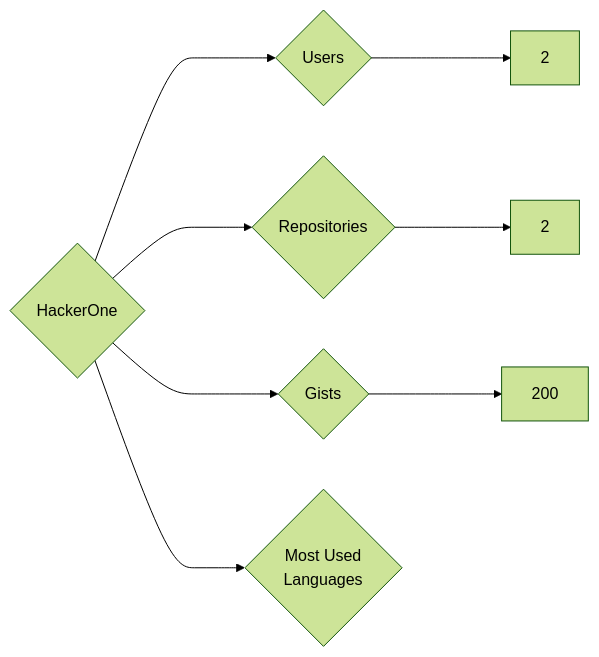
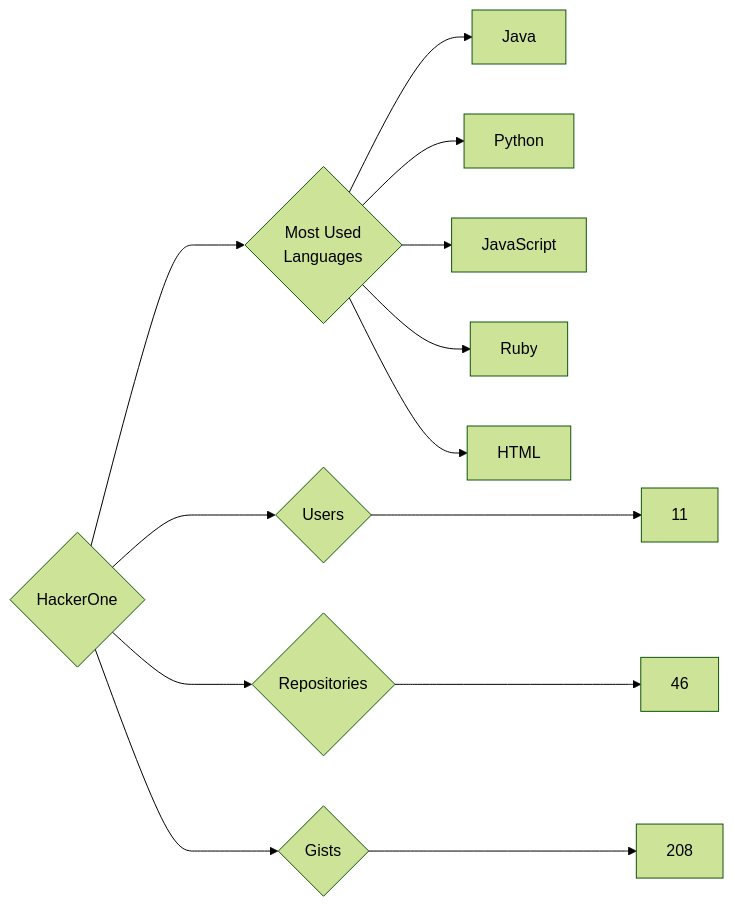
Before and after one commit to trickest/insiders: the diagram in targets/HackerOne/README.md, drawn with Mermaid (forest theme). The commit also changed 880 other files, not shown here.

````diff
--- a/targets/HackerOne/README.md
+++ b/targets/HackerOne/README.md
@@ -3,8 +3,13 @@
 ```mermaid
 graph LR
 COMPANY_NAME{HackerOne}
-COMPANY_NAME ---> U{Users} ---> UN[2]
-COMPANY_NAME ---> R{Repositories} ---> RN[2]
-COMPANY_NAME ---> G{Gists} ---> GN[200]
+COMPANY_NAME ---> U{Users} ---> UN[11]
+COMPANY_NAME ---> R{Repositories} ---> RN[46]
+COMPANY_NAME ---> G{Gists} ---> GN[208]
 COMPANY_NAME ---> ML{Most Used<br>Languages}
+ML --> Java[Java]
+ML --> Python[Python]
+ML --> JavaScript[JavaScript]
+ML --> Ruby[Ruby]
+ML --> HTML[HTML]
 ```
````
